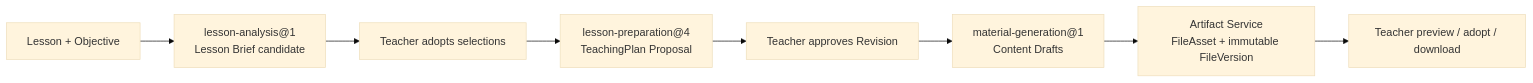
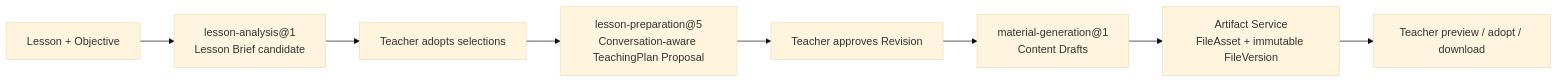
The fifth of 5 diagrams in docs/architecture/README.md (CrystalDavid/Edu-Agent), drawn with Mermaid (base theme) before and after one commit. The commit also changed other lines of this file and 93 other files, not shown here.

````diff
--- a/docs/architecture/README.md
+++ b/docs/architecture/README.md
@@ -181,10 +191,10 @@
 ```mermaid
 flowchart LR
     LESSON["Lesson + Objective"] --> BRIEF["lesson-analysis@1<br/>Lesson Brief candidate"]
     BRIEF --> BCONFIRM["Teacher adopts selections"]
-    BCONFIRM --> PREP["lesson-preparation@4<br/>TeachingPlan Proposal"]
+    BCONFIRM --> PREP["lesson-preparation@5<br/>Conversation-aware TeachingPlan Proposal"]
     PREP --> APPROVE["Teacher approves Revision"]
     APPROVE --> MATERIAL["material-generation@1<br/>Content Drafts"]
     MATERIAL --> ARTIFACT["Artifact Service<br/>FileAsset + immutable FileVersion"]
     ARTIFACT --> ADOPT["Teacher preview / adopt / download"]
 ```
````
